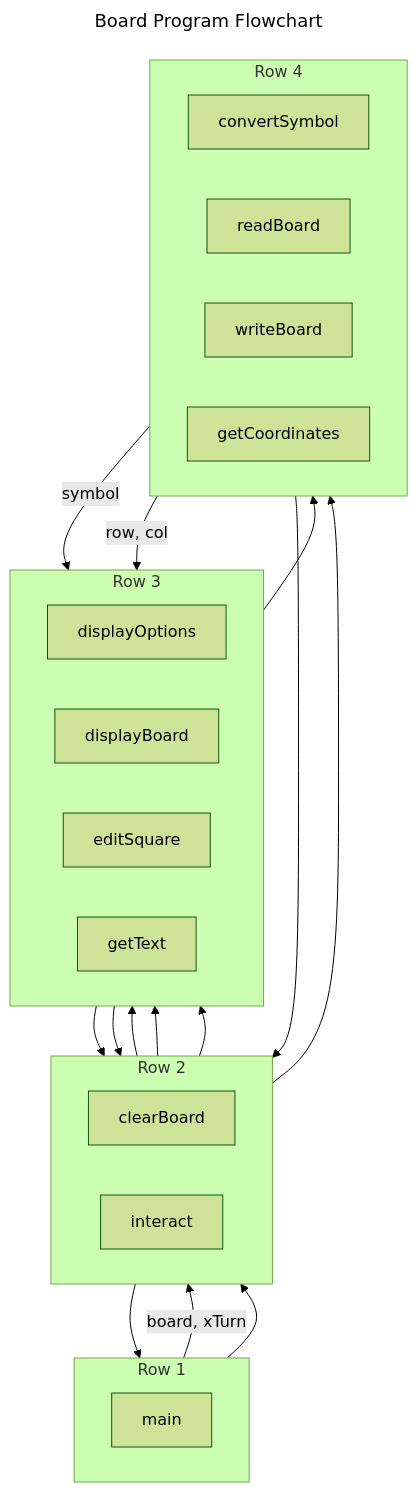
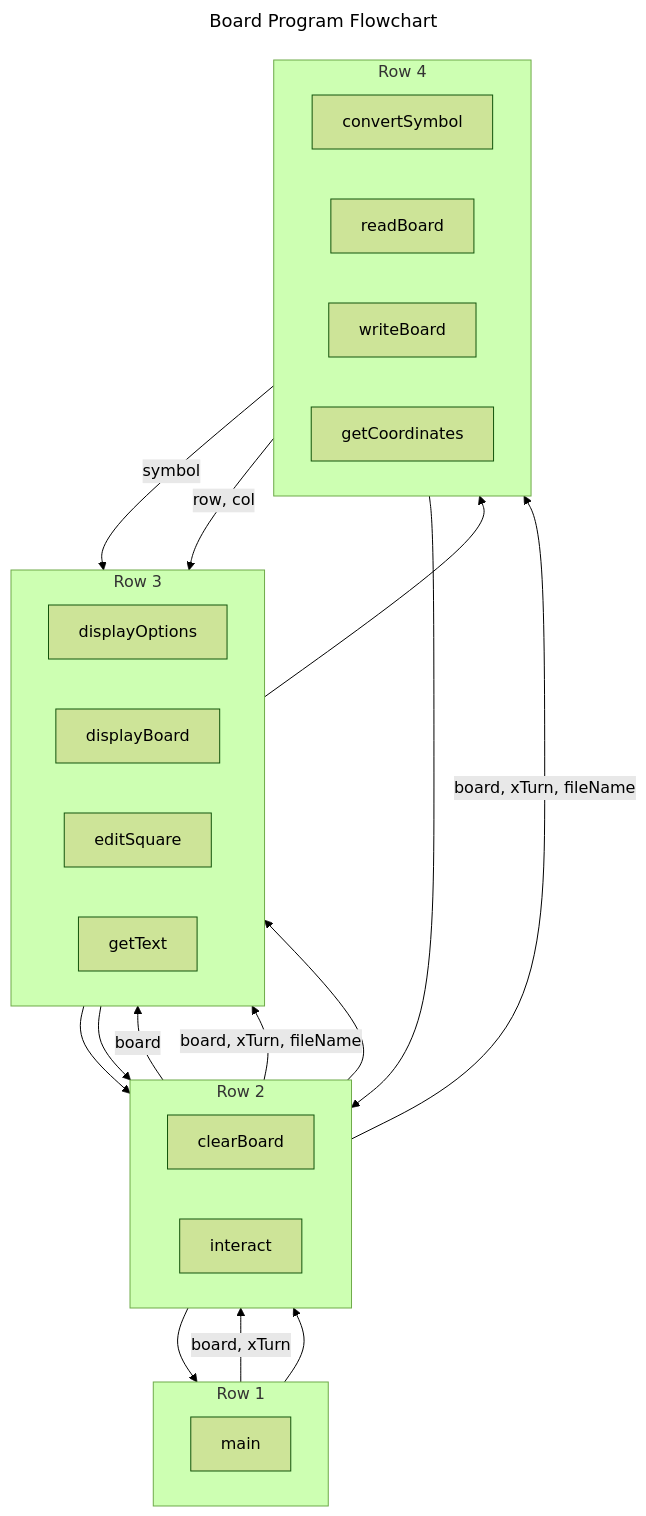
One commit to ehrrsn7/object-oriented-programming changed the diagram in cpp/Unit-1/Chapter-1.0/1.0-Design-Documents.ai.md. Above: the diagram before and after it, drawn with Mermaid (forest theme).

Commit message:
🤖 AI C21910i11:10 AM: ${AMi8e29AMge} | ${7AM11:10 AMe}

```diff
--- a/cpp/Unit-1/Chapter-1.0/1.0-Design-Documents.ai.md
+++ b/cpp/Unit-1/Chapter-1.0/1.0-Design-Documents.ai.md
@@ -196,54 +196,54 @@
 :::mermaid
 ---
 title: Board Program Flowchart
 layout: hierarchical
 flowchart:
    htmlLabels: false
 ---
 flowchart TB
    subgraph subGraph1["Row 1"]
       direction LR
 
       main["main"]
    end
 
    subgraph subGraph2["Row 2"]
       direction RL
 
       clearBoard["clearBoard"]
       interact["interact"]
    end
 
    subgraph subGraph3["Row 3"]
       direction LR
 
       displayOptions["displayOptions"]
       displayBoard["displayBoard"]
       editSquare["editSquare"]
       getText["getText"]
    end
 
    subgraph subGraph4["Row 4"]
       direction LR
 
       convertSymbol["convertSymbol"]
       readBoard["readBoard"]
       writeBoard["writeBoard"]
       getCoordinates["getCoordinates"]
    end
 
    main -->|board, xTurn| interact
 
    displayOptions --> interact
-   interact --> displayBoard
+   interact -->|board| displayBoard
    readBoard --> interact
-   interact --> writeBoard
-   interact --> editSquare
+   interact -->|board, xTurn, fileName| writeBoard
+   interact -->|board, xTurn, fileName| editSquare
    getText --> interact
    clearBoard --> main
 
    convertSymbol -->|symbol| displayBoard
    getCoordinates -->|row, col| editSquare
 
    subGraph1 --> subGraph2 --> subGraph3 --> subGraph4
 :::
```
